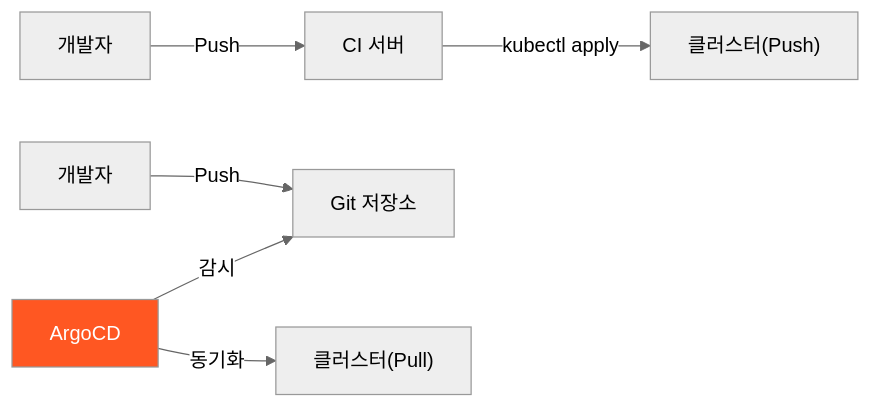
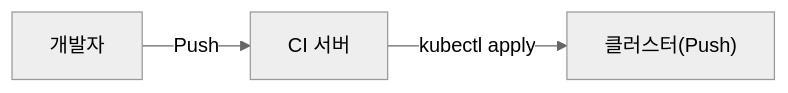
The second of 7 diagrams in _posts/cicd/2026-05-03-gitops-argocd.md (yjkim2015/yjkim2015.github.io), drawn with Mermaid (neutral theme) before and after one commit. The commit also changed other lines of this file and 132 other files, not shown here.

First line of the commit message:
Mermaid 다이어그램 가독성 정리: 단순 제거, 노드 축소, TD→LR 변환

````diff
--- a/_posts/cicd/2026-05-03-gitops-argocd.md
+++ b/_posts/cicd/2026-05-03-gitops-argocd.md
@@ -61,9 +61,5 @@
 ```mermaid
 graph LR
     DEV1["개발자"] -->|"Push"| CI1["CI 서버"]
     CI1 -->|"kubectl apply"| K8S1["클러스터(Push)"]
-    DEV2["개발자"] -->|"Push"| GIT["Git 저장소"]
-    AGENT["ArgoCD"] -->|"감시"| GIT
-    AGENT -->|"동기화"| K8S2["클러스터(Pull)"]
-    style AGENT fill:#FF5722,color:#fff
 ```
````
